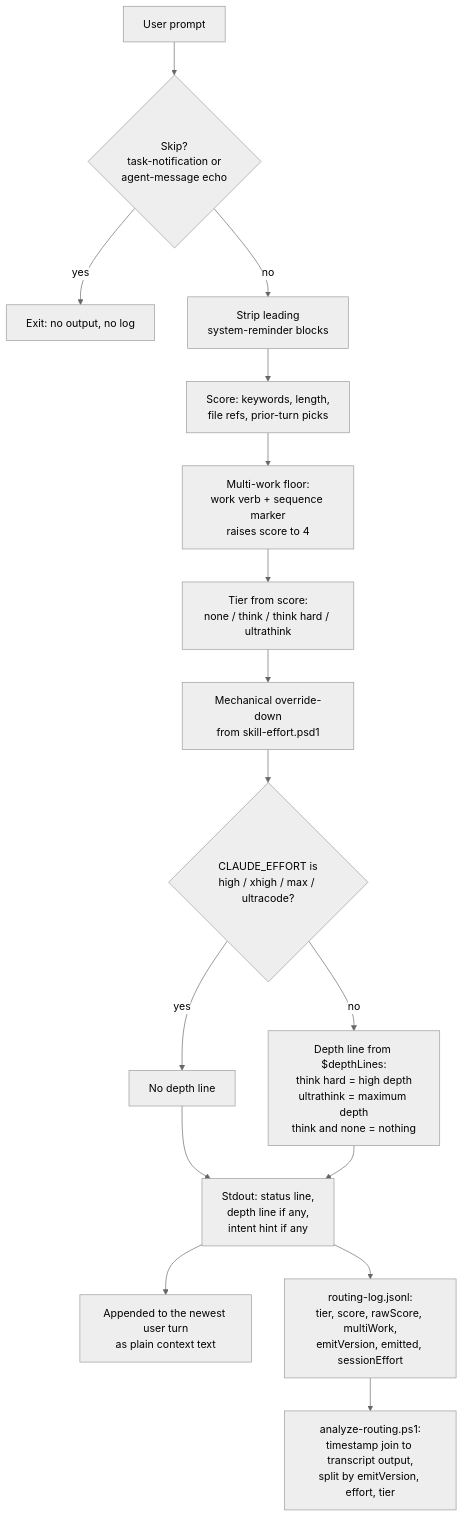
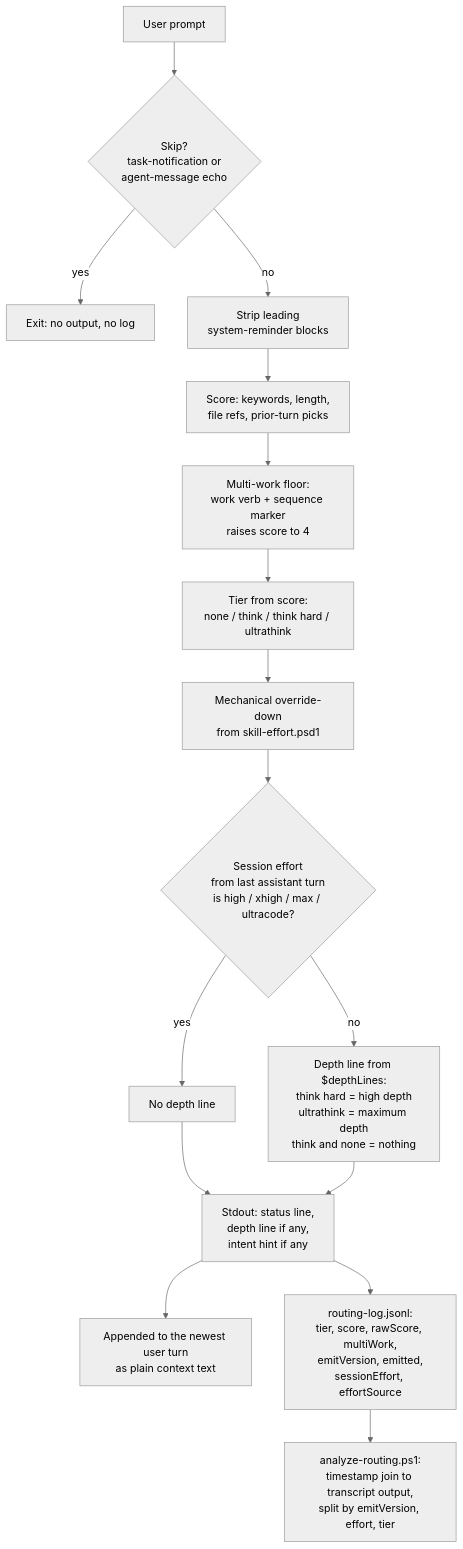
One commit to Qcko/claude-code-effort-router changed the diagram in DESIGN.md. Above: the diagram before and after it, drawn with Mermaid (neutral theme). The commit also changed other lines of this file and 4 other files, not shown here.

First line of the commit message:
route-hint: read session effort from the transcript

````diff
--- a/DESIGN.md
+++ b/DESIGN.md
@@ -9,18 +9,18 @@
 ```mermaid
 flowchart TD
     P[User prompt] --> S{Skip?<br/>task-notification or<br/>agent-message echo}
     S -- yes --> X[Exit: no output, no log]
     S -- no --> R[Strip leading<br/>system-reminder blocks]
     R --> SC[Score: keywords, length,<br/>file refs, prior-turn picks]
     SC --> MW[Multi-work floor:<br/>work verb + sequence marker<br/>raises score to 4]
     MW --> T[Tier from score:<br/>none / think / think hard / ultrathink]
     T --> MO[Mechanical override-down<br/>from skill-effort.psd1]
-    MO --> E{CLAUDE_EFFORT is<br/>high / xhigh / max / ultracode?}
+    MO --> E{Session effort<br/>from last assistant turn<br/>is high / xhigh / max / ultracode?}
     E -- yes --> NL[No depth line]
     E -- no --> DL[Depth line from $depthLines:<br/>think hard = high depth<br/>ultrathink = maximum depth<br/>think and none = nothing]
     NL --> O[Stdout: status line,<br/>depth line if any,<br/>intent hint if any]
     DL --> O
     O --> C[Appended to the newest user turn<br/>as plain context text]
-    O --> L[routing-log.jsonl:<br/>tier, score, rawScore, multiWork,<br/>emitVersion, emitted, sessionEffort]
+    O --> L[routing-log.jsonl:<br/>tier, score, rawScore, multiWork,<br/>emitVersion, emitted,<br/>sessionEffort, effortSource]
     L --> A[analyze-routing.ps1:<br/>timestamp join to transcript output,<br/>split by emitVersion, effort, tier]
 ```
````
